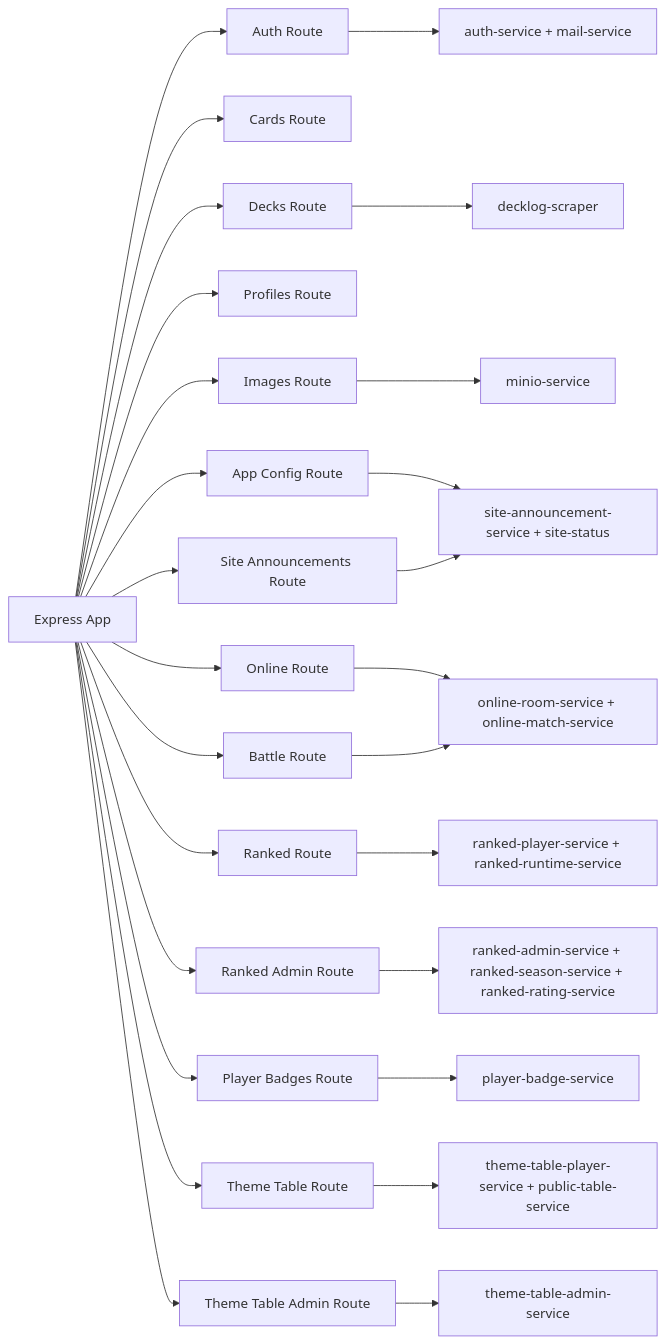
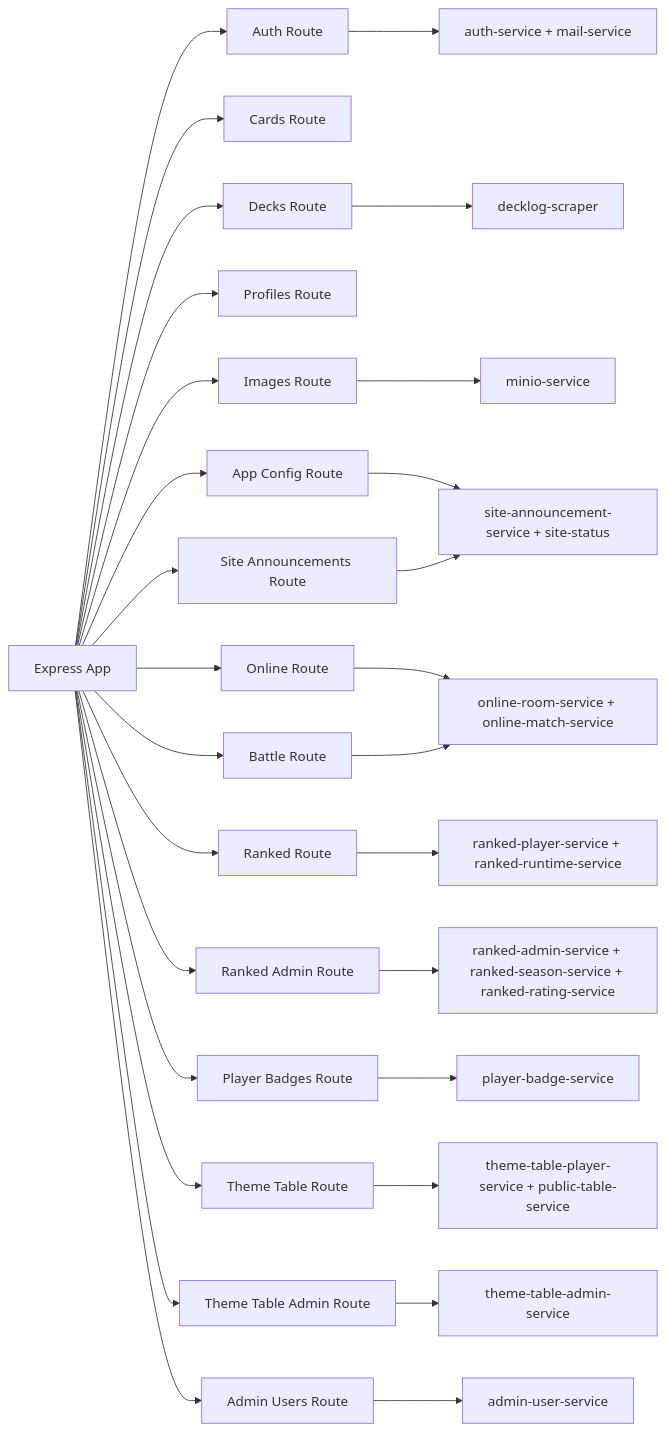
One commit to catmeow123456/loveca-dev changed the seventh of 9 diagrams in docs/system-design.md. Above: the diagram before and after it, drawn with Mermaid. The commit also changed other lines of this file and 54 other files, not shown here.

````diff
--- a/docs/system-design.md
+++ b/docs/system-design.md
@@ -363,30 +363,32 @@
 ```mermaid
 graph LR
     App[Express App] --> AuthR[Auth Route]
     App --> CardsR[Cards Route]
     App --> DecksR[Decks Route]
     App --> ProfilesR[Profiles Route]
     App --> ImagesR[Images Route]
     App --> ConfigR[App Config Route]
     App --> SiteAnnouncementsR[Site Announcements Route]
     App --> OnlineR[Online Route]
     App --> BattleR[Battle Route]
     App --> RankedR[Ranked Route]
     App --> RankedAdminR[Ranked Admin Route]
     App --> PlayerBadgesR[Player Badges Route]
     App --> ThemeR[Theme Table Route]
     App --> ThemeAdminR[Theme Table Admin Route]
+    App --> AdminUsersR[Admin Users Route]
 
     AuthR --> AuthSvc[auth-service + mail-service]
     DecksR --> Scraper[decklog-scraper]
     ImagesR --> MinioSvc[minio-service]
     ConfigR --> OpsSvc[site-announcement-service + site-status]
     SiteAnnouncementsR --> OpsSvc
     OnlineR --> OnlineSvc[online-room-service + online-match-service]
     BattleR --> OnlineSvc
     RankedR --> RankedSvc[ranked-player-service + ranked-runtime-service]
     RankedAdminR --> RankedAdminSvc[ranked-admin-service + ranked-season-service + ranked-rating-service]
     PlayerBadgesR --> PlayerBadgeSvc[player-badge-service]
     ThemeR --> ThemeSvc[theme-table-player-service + public-table-service]
     ThemeAdminR --> ThemeAdminSvc[theme-table-admin-service]
+    AdminUsersR --> AdminUsersSvc[admin-user-service]
 ```
````
